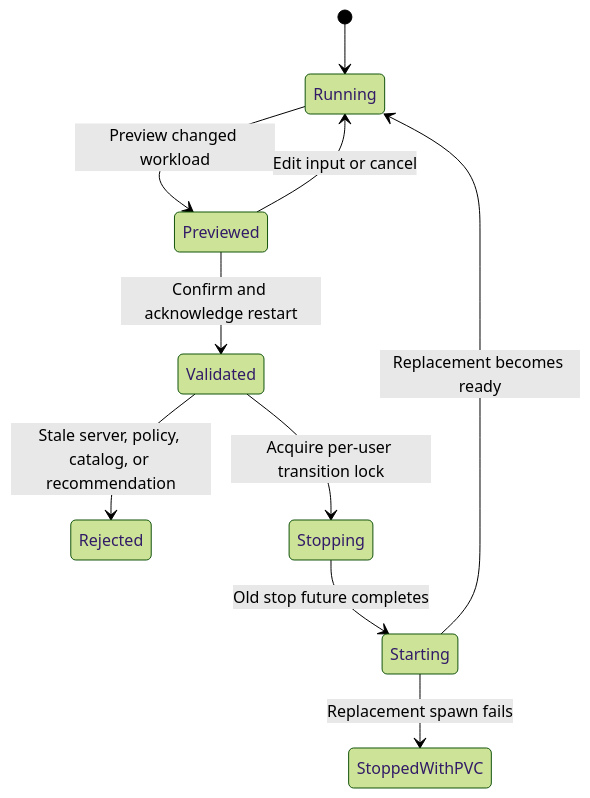
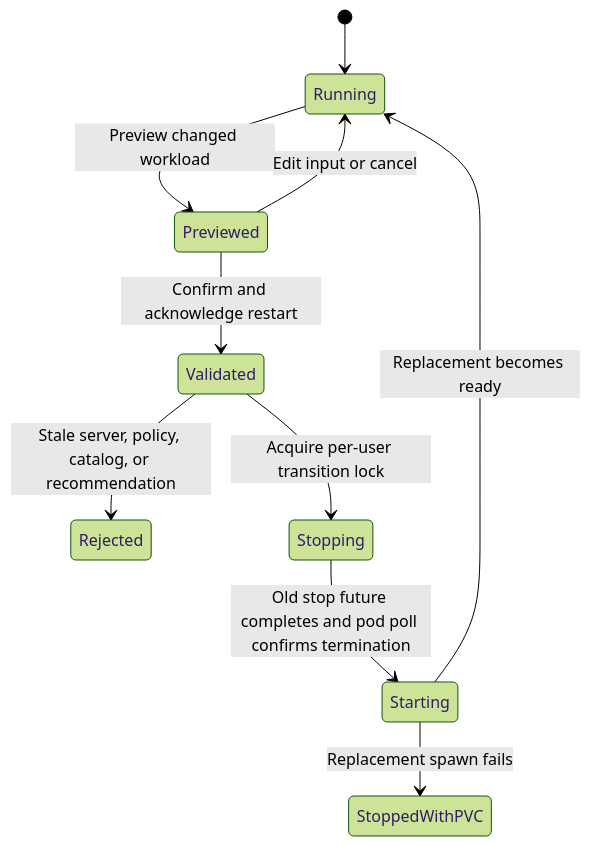
One commit to mthang1201/intent-spawner changed the diagram in docs/INTENT_AWARE_REPROVISIONING.md. Above: the diagram before and after it, drawn with Mermaid (forest theme). The commit also changed other lines of this file and 5 other files, not shown here.

````diff
--- a/docs/INTENT_AWARE_REPROVISIONING.md
+++ b/docs/INTENT_AWARE_REPROVISIONING.md
@@ -65,12 +74,12 @@
 ```mermaid
 stateDiagram-v2
     [*] --> Running
     Running --> Previewed: Preview changed workload
     Previewed --> Running: Edit input or cancel
     Previewed --> Validated: Confirm and acknowledge restart
     Validated --> Rejected: Stale server, policy, catalog, or recommendation
     Validated --> Stopping: Acquire per-user transition lock
-    Stopping --> Starting: Old stop future completes
+    Stopping --> Starting: Old stop future completes and pod poll confirms termination
     Starting --> Running: Replacement becomes ready
     Starting --> StoppedWithPVC: Replacement spawn fails
 ```
````
